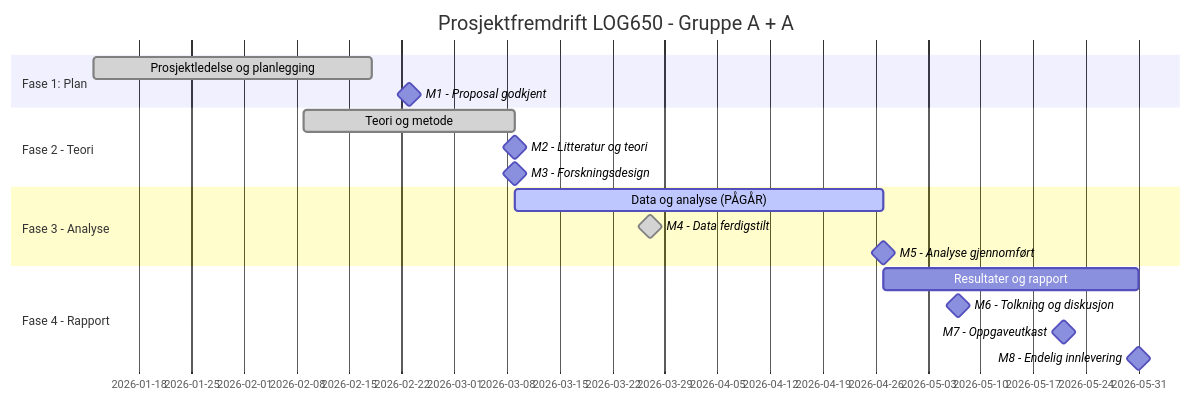
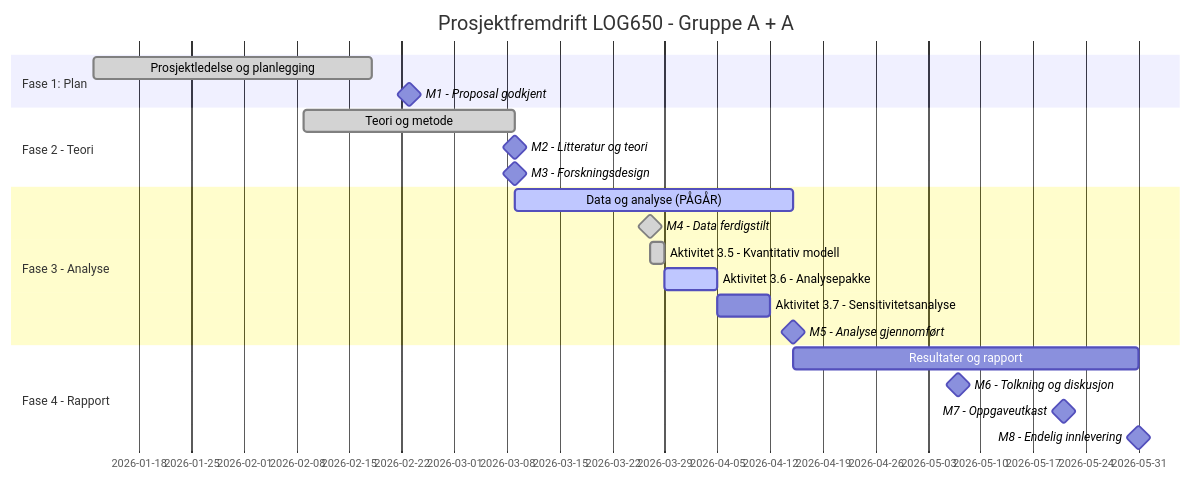
Before and after one commit to LOG650/G02-a-pluss-a: the diagram in 012 fase 2 - plan/status.md, drawn with Mermaid. The commit also changed other lines of this file, not shown here.

````diff
--- a/012 fase 2 - plan/status.md
+++ b/012 fase 2 - plan/status.md
@@ -21,21 +21,24 @@
 ```mermaid
 gantt
     title Prosjektfremdrift LOG650 - Gruppe A + A
     dateFormat  YYYY-MM-DD
     section Fase 1: Plan
     Prosjektledelse og planlegging :done, 2026-01-12, 2026-02-18
     M1 - Proposal godkjent :milestone, 2026-02-23, 0d
     section Fase 2 - Teori
     Teori og metode :done, 2026-02-09, 2026-03-09
     M2 - Litteratur og teori :milestone, 2026-03-09, 0d
     M3 - Forskningsdesign :milestone, 2026-03-09, 0d
     section Fase 3 - Analyse
-    Data og analyse (PÅGÅR) :active, 2026-03-09, 2026-04-27
+    Data og analyse (PÅGÅR) :active, 2026-03-09, 2026-04-15
     M4 - Data ferdigstilt :done, milestone, 2026-03-27, 0d
-    M5 - Analyse gjennomført :milestone, 2026-04-27, 0d
+    Aktivitet 3.5 - Kvantitativ modell :done, 2026-03-27, 2026-03-29
+    Aktivitet 3.6 - Analysepakke :active, 2026-03-29, 2026-04-05
+    Aktivitet 3.7 - Sensitivitetsanalyse : 2026-04-05, 2026-04-12
+    M5 - Analyse gjennomført :milestone, 2026-04-15, 0d
     section Fase 4 - Rapport
-    Resultater og rapport : 2026-04-27, 2026-05-31
+    Resultater og rapport : 2026-04-15, 2026-05-31
     M6 - Tolkning og diskusjon :milestone, 2026-05-07, 0d
     M7 - Oppgaveutkast :milestone, 2026-05-21, 0d
     M8 - Endelig innlevering :milestone, 2026-05-31, 0d
 ```
````
